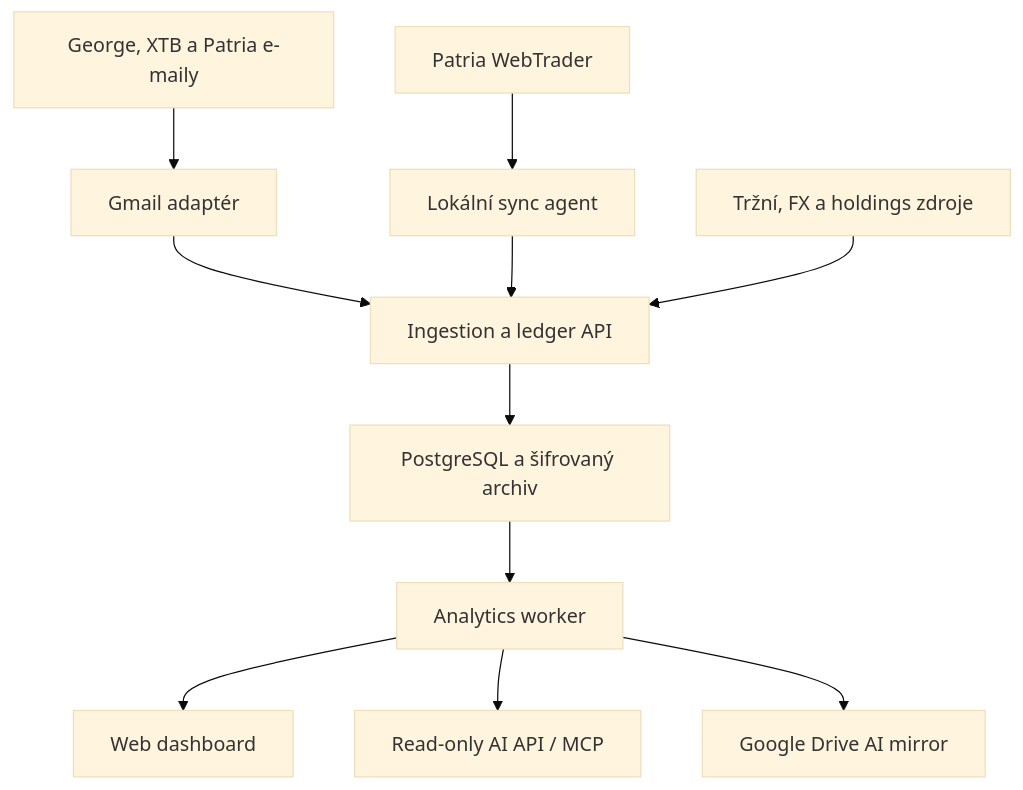
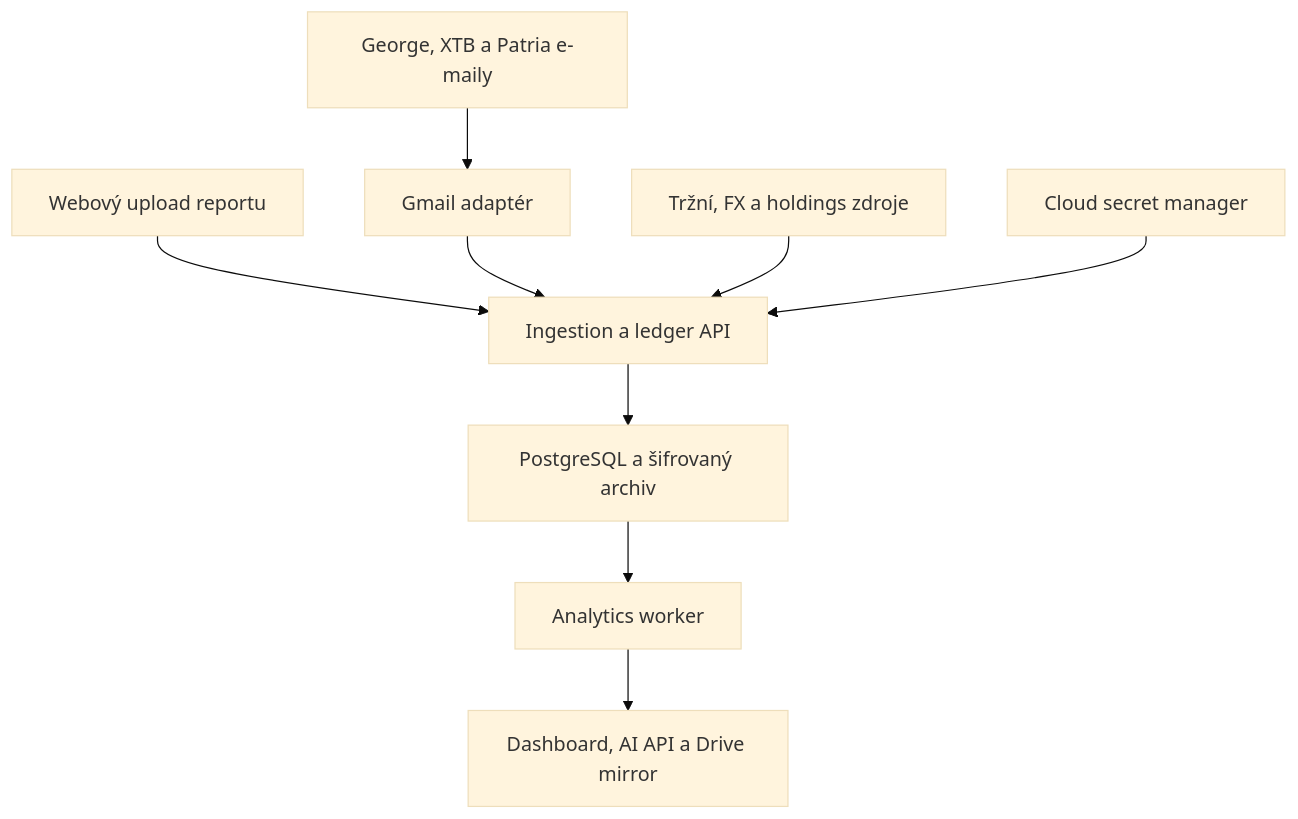
Before and after one commit to jgillern/portfolio: the second of 2 diagrams in README.md, drawn with Mermaid (base theme). The commit also changed other lines of this file, not shown here.

Commit message:
docs: adopt cloud-only ingestion architecture

````diff
--- a/README.md
+++ b/README.md
@@ -449,13 +462,11 @@
 ```mermaid
 flowchart TD
     A["George, XTB a Patria e-maily"] --> B["Gmail adaptér"]
-    C["Patria WebTrader"] --> D["Lokální sync agent"]
-    B --> E["Ingestion a ledger API"]
-    D --> E
-    F["Tržní, FX a holdings zdroje"] --> E
+    C["Webový upload reportu"] --> E["Ingestion a ledger API"]
+    B --> E
+    D["Tržní, FX a holdings zdroje"] --> E
+    F["Cloud secret manager"] --> E
     E --> G["PostgreSQL a šifrovaný archiv"]
     G --> H["Analytics worker"]
-    H --> I["Web dashboard"]
-    H --> J["Read-only AI API / MCP"]
-    H --> K["Google Drive AI mirror"]
+    H --> I["Dashboard, AI API a Drive mirror"]
 ```
````
